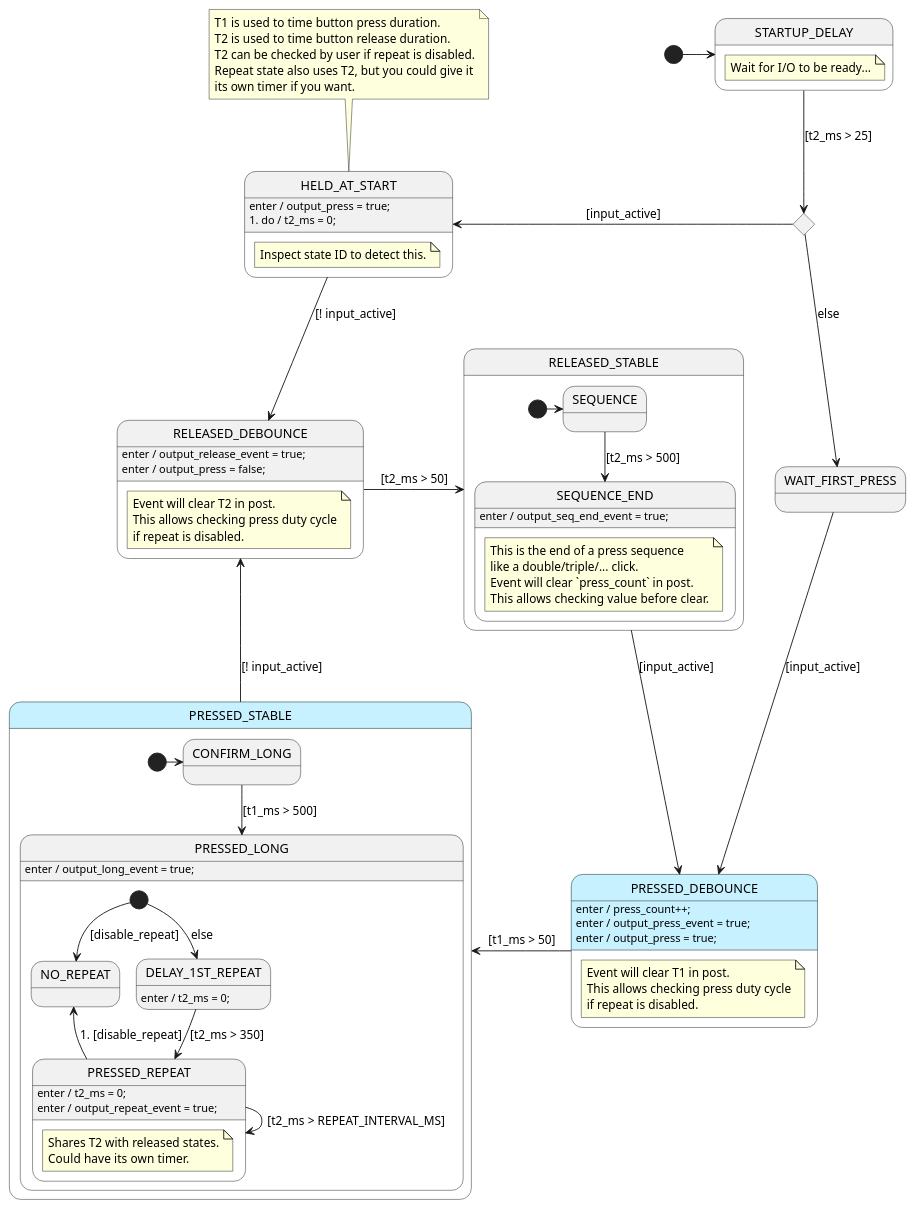
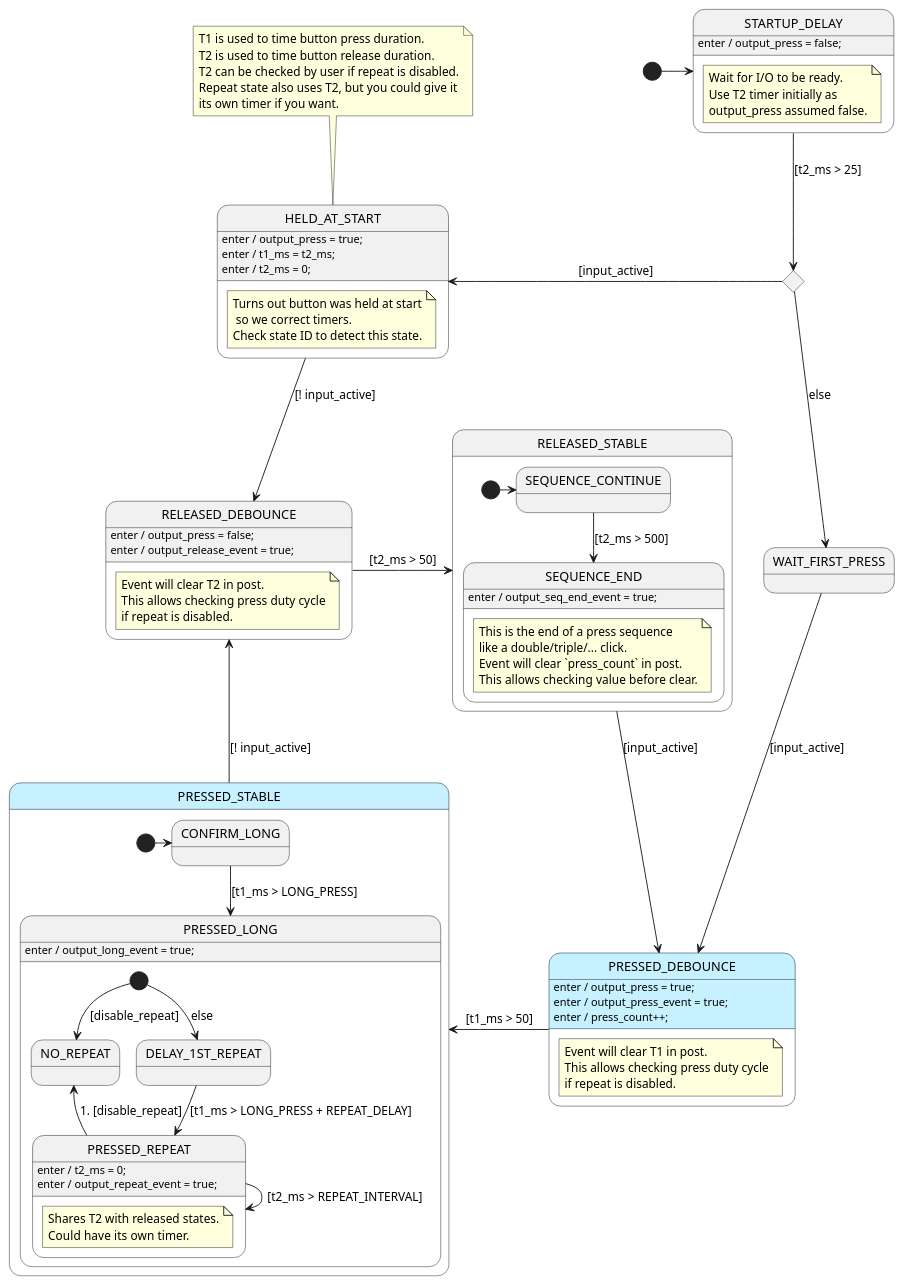
One commit to adamfk/bespoke-button changed the diagram in src/bb2/bb2-c/BeButton2Sm.plantuml. Above: the diagram before and after it, drawn with PlantUML. The commit also changed 2 other files, not shown here.

Commit message:
fix for only inc timers when in proper states

```diff
--- a/src/bb2/bb2-c/BeButton2Sm.plantuml
+++ b/src/bb2/bb2-c/BeButton2Sm.plantuml
@@ -1,177 +1,178 @@
 @startuml BeButton2Sm
 
 ' /////////////////////////// Styles ////////////////////////////////
 ' Define some colors for the states. Totally optional.
 skinparam state {
     ' pressed style:
     BackgroundColor<<press_style>> #c7f1ff
 }
 
 ' //////////////////////// STATE ORGANIZATION ///////////////////////
 ' Note: StateSmith treats state names and events as case insensitive.
 ' More info: https://github.com/StateSmith/StateSmith/wiki/PlantUML
 
 state STARTUP_DELAY  {
-    note "Wait for I/O to be ready..." as N1
+    note "Wait for I/O to be ready.\nUse T2 timer initially as \noutput_press assumed false." as N1
 }
 state INIT_CHOICE<<choice>>
 
 state HELD_AT_START {
-    note "Inspect state ID to detect this." as N1
+    note "Turns out button was held at start\n so we correct timers.\nCheck state ID to detect this state." as N1
 }
 
 note top of HELD_AT_START
     T1 is used to time button press duration.
     T2 is used to time button release duration.
     T2 can be checked by user if repeat is disabled.
     Repeat state also uses T2, but you could give it
     its own timer if you want.
 end note
 
 state RELEASED_DEBOUNCE {
     note "Event will clear T2 in post.\nThis allows checking press duty cycle\nif repeat is disabled." as N1
 }
 state RELEASED_STABLE {
-    state SEQUENCE
+    state SEQUENCE_CONTINUE
     state SEQUENCE_END  {
         note "This is the end of a press sequence\nlike a double/triple/... click.\nEvent will clear `press_count` in post.\nThis allows checking value before clear." as N1
     }
-    [*] -> SEQUENCE
+    [*] -> SEQUENCE_CONTINUE
 }
 state WAIT_FIRST_PRESS
 
 state PRESSED_DEBOUNCE <<press_style>> {
     note "Event will clear T1 in post.\nThis allows checking press duty cycle\nif repeat is disabled." as N1
 }
 state PRESSED_STABLE <<press_style>> {
     [*] -> CONFIRM_LONG
     state CONFIRM_LONG
     state PRESSED_LONG {
         state NO_REPEAT
         state DELAY_1ST_REPEAT
         state PRESSED_REPEAT {
             note "Shares T2 with released states.\nCould have its own timer." as N1
         }
         [*] --> DELAY_1ST_REPEAT: else
         [*] --> NO_REPEAT: [disable_repeat]
     }
 }
 
 
 [*] -> STARTUP_DELAY
 
 
 
 ' ///////////////////////// STATE HANDLERS /////////////////////////
 ' Syntax: https://github.com/StateSmith/StateSmith/wiki/Behaviors
 
+STARTUP_DELAY: enter / output_press = false;
 STARTUP_DELAY -down-> INIT_CHOICE: [t2_ms > 25]
 
 INIT_CHOICE -left-> HELD_AT_START: [input_active]
 INIT_CHOICE --> WAIT_FIRST_PRESS: else
 
 WAIT_FIRST_PRESS --> PRESSED_DEBOUNCE: [input_active]
 
 HELD_AT_START: enter / output_press = true;
-HELD_AT_START: 1. do / t2_ms = 0;
+HELD_AT_START: enter / t1_ms = t2_ms;
+HELD_AT_START: enter / t2_ms = 0;
 HELD_AT_START --> RELEASED_DEBOUNCE: [! input_active]
 
 ' Wait for debounce time and then go to stable state.
+RELEASED_DEBOUNCE: enter / output_press = false;
 RELEASED_DEBOUNCE: enter / output_release_event = true;
-RELEASED_DEBOUNCE: enter / output_press = false;
 RELEASED_DEBOUNCE -right-> RELEASED_STABLE: [t2_ms > 50]
 
 ' Button is released. Wait for button press.
 RELEASED_STABLE -down-> PRESSED_DEBOUNCE: [input_active]
 
-SEQUENCE --> SEQUENCE_END: [t2_ms > 500]
+SEQUENCE_CONTINUE --> SEQUENCE_END: [t2_ms > 500]
 
 SEQUENCE_END: enter / output_seq_end_event = true;
 
 
 ' Wait for debounce time and then go to stable state.
+PRESSED_DEBOUNCE: enter / output_press = true;
+PRESSED_DEBOUNCE: enter / output_press_event = true;
 PRESSED_DEBOUNCE: enter / press_count++;
-PRESSED_DEBOUNCE: enter / output_press_event = true;
-PRESSED_DEBOUNCE: enter / output_press = true;
 PRESSED_DEBOUNCE -left-> PRESSED_STABLE: [t1_ms > 50]
 
 ' Button is pressed. Wait for button release.
 PRESSED_STABLE -up-> RELEASED_DEBOUNCE: [! input_active]
 
 ' Button is still pressed. Wait for long press time.
-CONFIRM_LONG --> PRESSED_LONG: [t1_ms > 500]
+CONFIRM_LONG --> PRESSED_LONG: [t1_ms > LONG_PRESS]
 
 ' Button has been pressed for a long time.
 ' Transition to repeat state if button remains pressed long enough.
 PRESSED_LONG: enter / output_long_event = true;
 
-DELAY_1ST_REPEAT: enter / t2_ms = 0;
-DELAY_1ST_REPEAT --> PRESSED_REPEAT: [t2_ms > 350]
+DELAY_1ST_REPEAT --> PRESSED_REPEAT: [t1_ms > LONG_PRESS + REPEAT_DELAY]
 
 ' Keep setting the button repeat event every 250 ms.
 PRESSED_REPEAT: enter / t2_ms = 0;
 PRESSED_REPEAT: enter / output_repeat_event = true;
-PRESSED_REPEAT --> PRESSED_REPEAT: [t2_ms > REPEAT_INTERVAL_MS]
+PRESSED_REPEAT --> PRESSED_REPEAT: [t2_ms > REPEAT_INTERVAL]
 PRESSED_REPEAT -up-> NO_REPEAT: 1. [disable_repeat]
 
 
 ' //////////////////////// StateSmith config ////////////////////////
 ' The below special comment block sets the StateSmith configuration.
 ' More info: https://github.com/StateSmith/StateSmith/issues/335
 
 /'! $CONFIG : toml
 SmRunnerSettings.transpilerId = "C99"
 
 RenderConfig.C.HFileIncludes = """
     #include "BeButton2Config.h"
 
     // Let other compilers ignore gcc specific attributes.
     // You can also disable GCC packed attributes by removing StateSmith setting `RenderConfig.C.CEnumDeclarer`.
     #if !defined(__GNUC__) && !defined(__clang__)
     #define __attribute__(x) /* nothing */
     #endif
     """
 RenderConfig.AutoExpandedVars = """
     //////////////////////////////////////////
     // INPUTS
     //////////////////////////////////////////
 
     // you need to add your loop time to this variable in your main loop.
     // max time is 65535 ms.
     uint16_t t1_ms;
 
     // you need to add your loop time to this variable in your main loop.
     // max time is 65535 ms.
     uint16_t t2_ms;
 
     // set to 1 when button is detected as active.
     uint8_t input_active: 1;
 
     // set to 1 to disable repeat events.
     // the repeat state uses t2
     uint8_t disable_repeat: 1;
 
     //////////////////////////////////////////
     // OUTPUTS
     //////////////////////////////////////////
 
     // read and clear event flags in your main loop.
     uint8_t output_release_event: 1;
     uint8_t output_press_event: 1;
     uint8_t output_long_event: 1;
     uint8_t output_repeat_event: 1;
     uint8_t output_seq_end_event: 1;
 
     // read these flags in your main loop, but don't clear them.
     // they are cleared automatically.
     uint8_t output_press: 1;
 
     uint8_t press_count;
 
     """
 
 # Uncomment the below line to potentially save a byte or two of RAM per state machine
 # by telling GCC to use the smallest enumeration integer type possible.
 RenderConfig.C.CEnumDeclarer = "typedef enum __attribute__((packed)) {enumName}"
 '/
 @enduml
```
